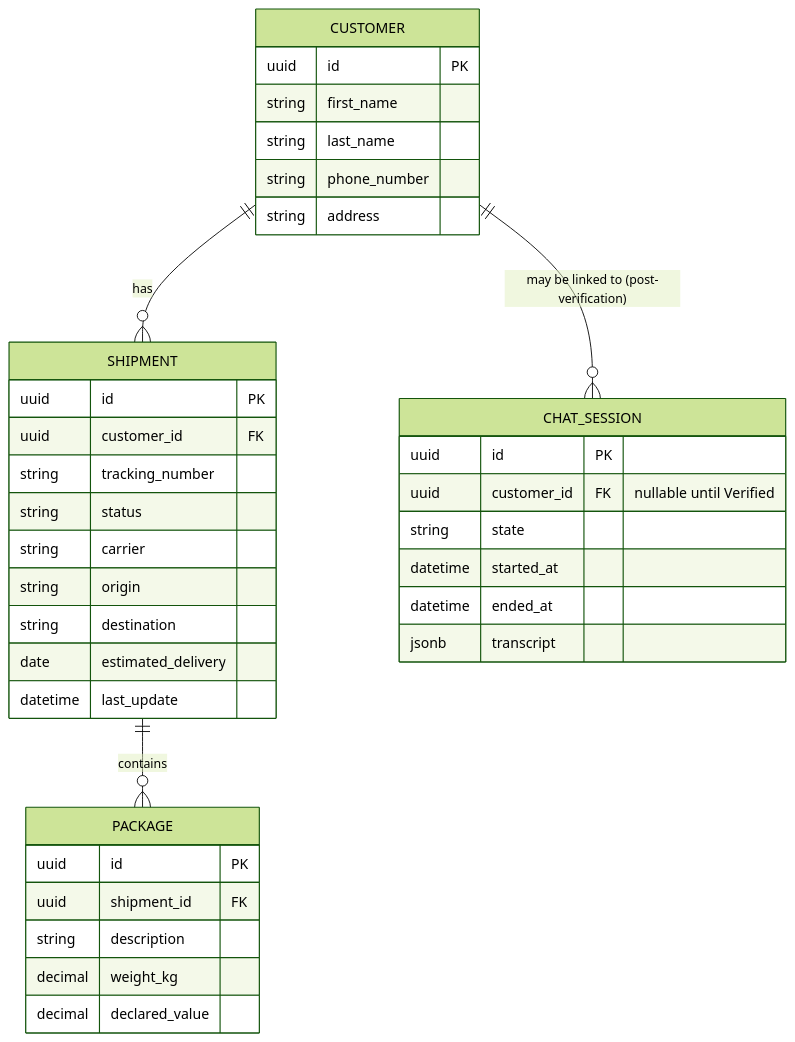
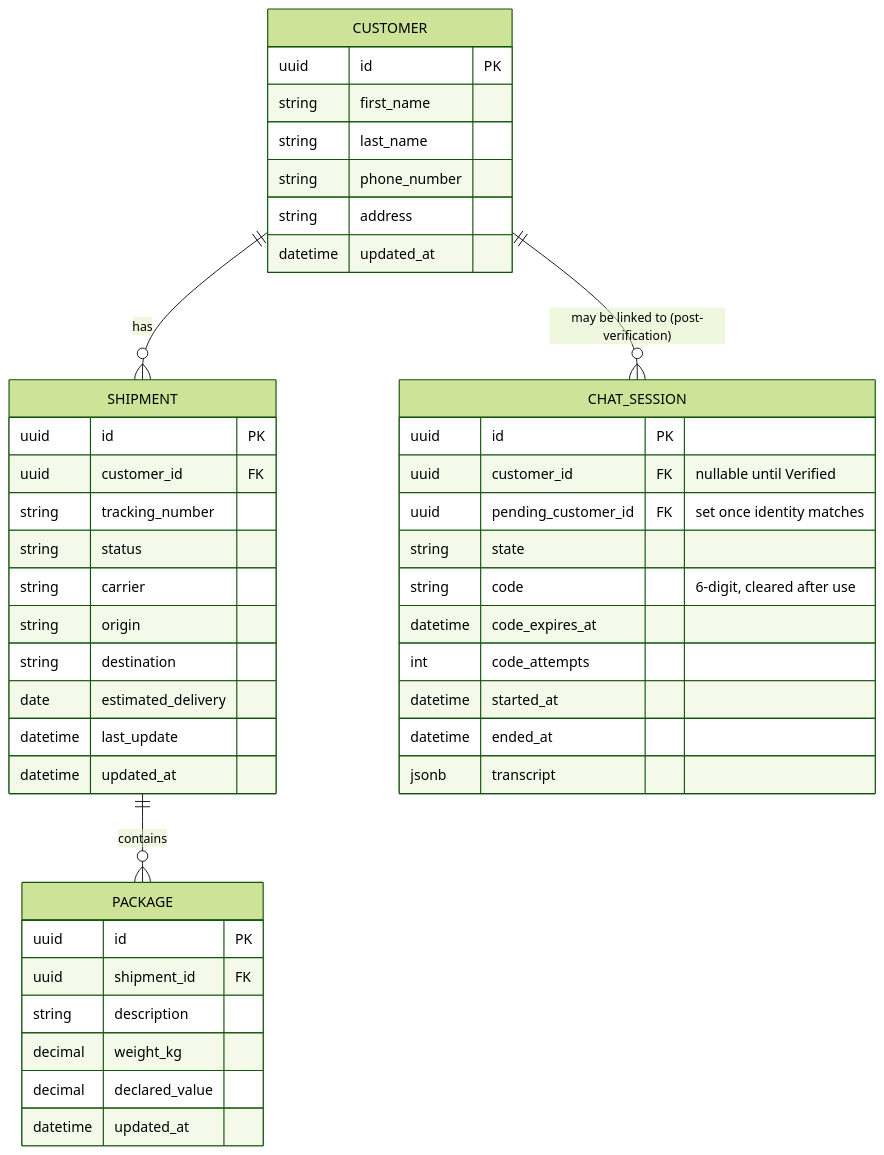
Before and after one commit to draganaisak/secureship: the fifth of 6 diagrams in docs/diagrams/architecture.md, drawn with Mermaid (forest theme). The commit also changed other lines of this file and 35 other files, not shown here.

````diff
--- a/docs/diagrams/architecture.md
+++ b/docs/diagrams/architecture.md
@@ -175,39 +183,46 @@
 ```mermaid
 erDiagram
     CUSTOMER ||--o{ SHIPMENT : has
     SHIPMENT ||--o{ PACKAGE : contains
     CUSTOMER ||--o{ CHAT_SESSION : "may be linked to (post-verification)"
     CUSTOMER {
         uuid id PK
         string first_name
         string last_name
         string phone_number
         string address
+        datetime updated_at
     }
     SHIPMENT {
         uuid id PK
         uuid customer_id FK
         string tracking_number
         string status
         string carrier
         string origin
         string destination
         date estimated_delivery
         datetime last_update
+        datetime updated_at
     }
     PACKAGE {
         uuid id PK
         uuid shipment_id FK
         string description
         decimal weight_kg
         decimal declared_value
+        datetime updated_at
     }
     CHAT_SESSION {
         uuid id PK
         uuid customer_id FK "nullable until Verified"
+        uuid pending_customer_id FK "set once identity matches"
         string state
+        string code "6-digit, cleared after use"
+        datetime code_expires_at
+        int code_attempts
         datetime started_at
         datetime ended_at
         jsonb transcript
     }
 ```
````
